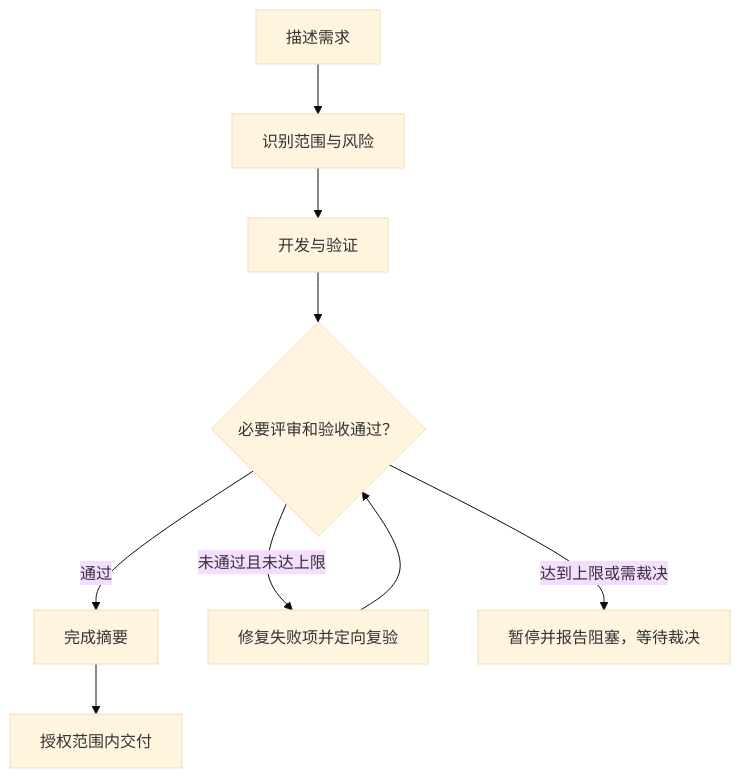
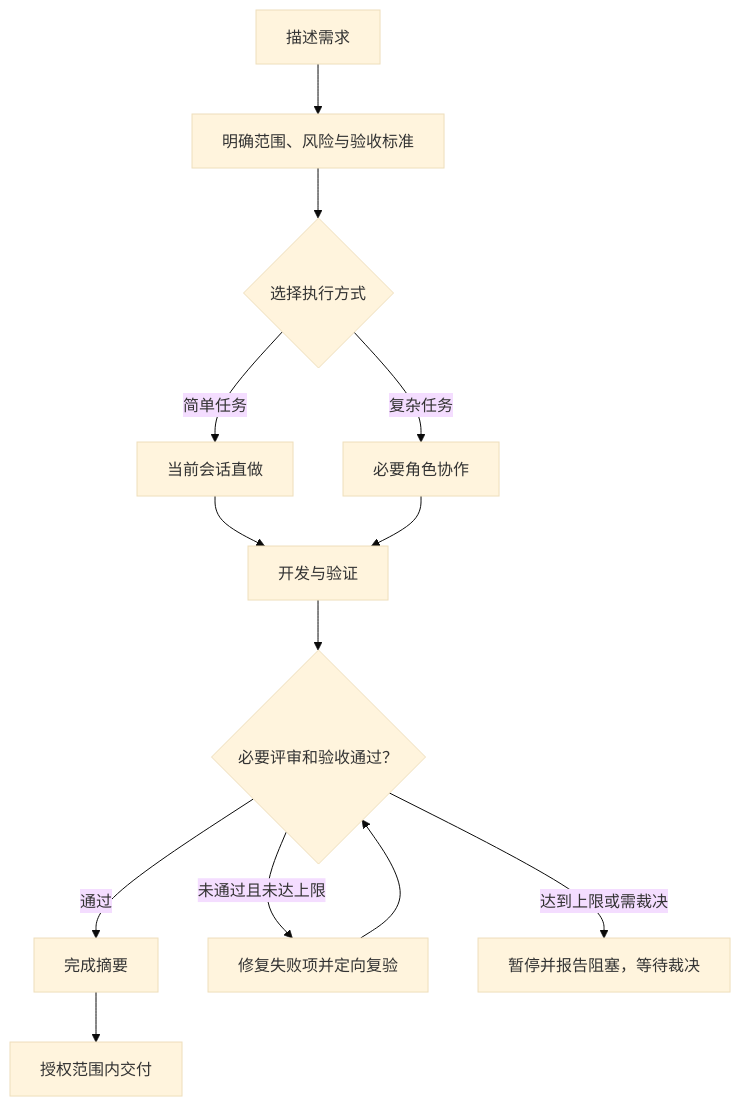
One commit to wzm111/pipeline-standard changed the diagram in README.md. Above: the diagram before and after it, drawn with Mermaid (base theme).

Commit message:
补充需求验收标准与执行方式分流

````diff
--- a/README.md
+++ b/README.md
@@ -66,11 +66,15 @@
 ```mermaid
 flowchart TD
-    A["描述需求"] --> B["识别范围与风险"]
-    B --> C["开发与验证"]
+    A["描述需求"] --> B["明确范围、风险与验收标准"]
+    B --> I{"选择执行方式"}
+    I -->|简单任务| J["当前会话直做"]
+    I -->|复杂任务| K["必要角色协作"]
+    J --> C["开发与验证"]
+    K --> C
     C --> D{"必要评审和验收通过？"}
     D -->|通过| E["完成摘要"]
     D -->|未通过且未达上限| G["修复失败项并定向复验"]
     G --> D
     D -->|达到上限或需裁决| H["暂停并报告阻塞，等待裁决"]
     E --> F["授权范围内交付"]
 ```
````
